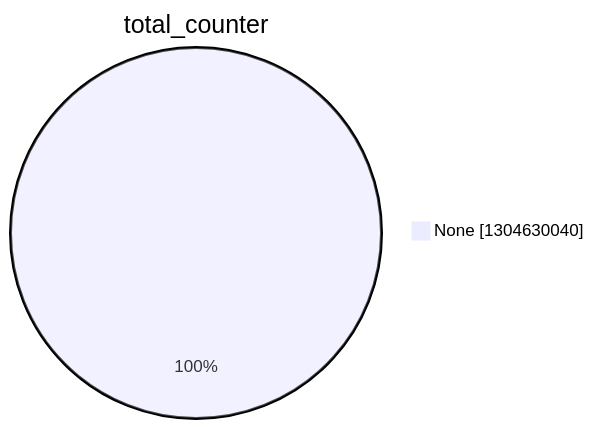
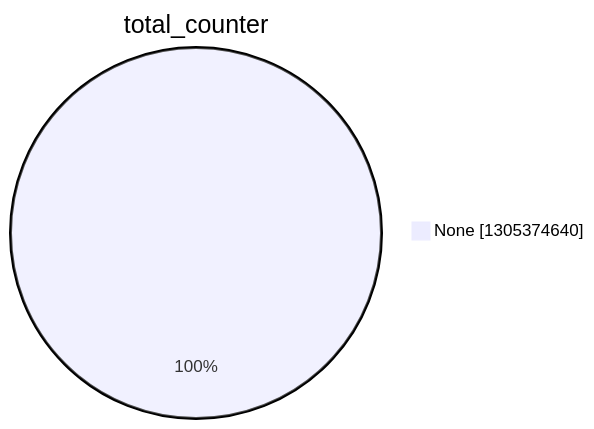
One commit to christiankrug/ctmonitor_visualization changed the second of 15 diagrams in argon2022/README.md. Above: the diagram before and after it, drawn with Mermaid. The commit also changed other lines of this file, not shown here.

````diff
--- a/argon2022/README.md
+++ b/argon2022/README.md
@@ -9,5 +9,5 @@
 ```mermaid
 pie showData
 title total_counter
-"None" :1304630040
+"None" :1305374640
 ```
````
